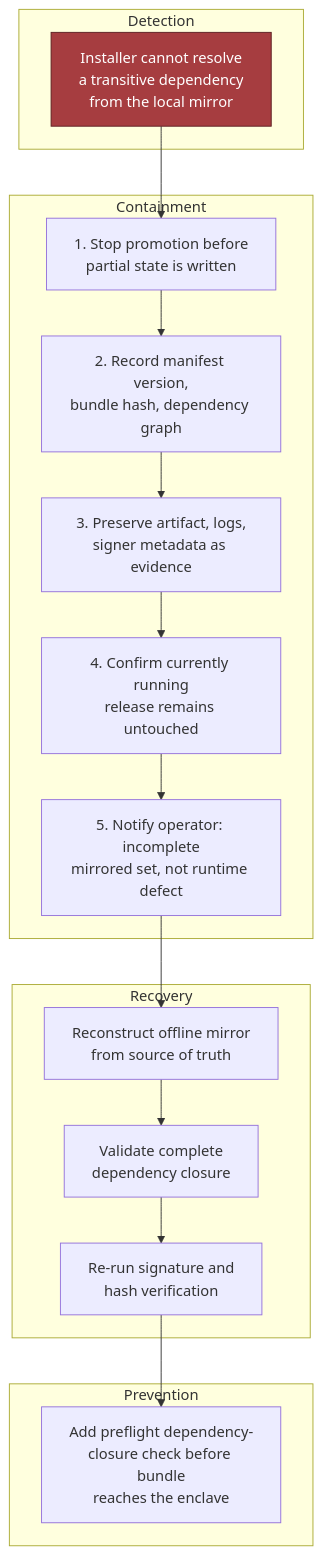
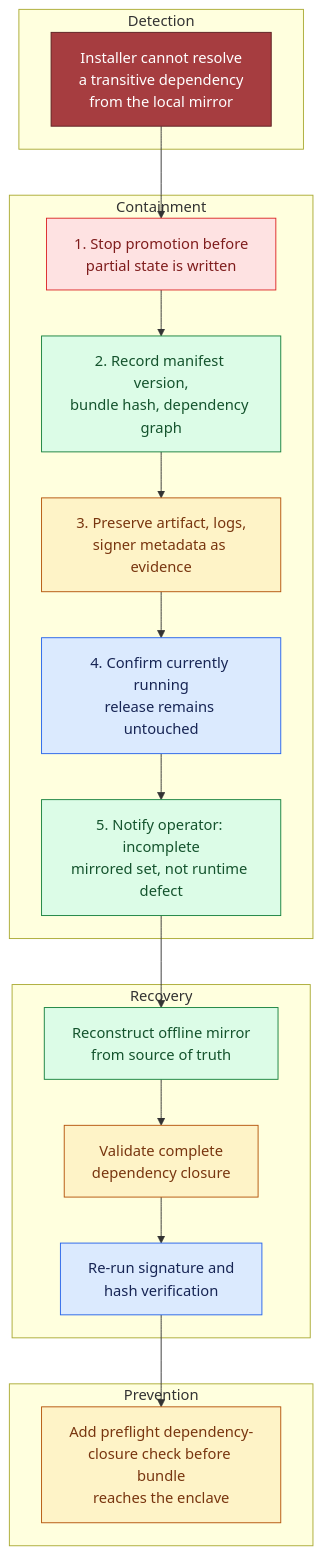
Before and after one commit to Sourav692/Forward-Deployed-Engineer-Interview-Prep: the diagram in site/content/modules/15-fde-case-studies/standalone-designs/air-gapped-ai-system/tutorial-v2-part-5.md, drawn with Mermaid. The commit also changed 1268 other files, not shown here.

First line of the commit message:
content: polish Casebook writing and Mermaid diagrams (#251)

````diff
--- a/site/content/modules/15-fde-case-studies/standalone-designs/air-gapped-ai-system/tutorial-v2-part-5.md
+++ b/site/content/modules/15-fde-case-studies/standalone-designs/air-gapped-ai-system/tutorial-v2-part-5.md
@@ -57,24 +57,34 @@
 ```mermaid
 flowchart TD
     subgraph Detection
         D1["Installer cannot resolve<br/>a transitive dependency<br/>from the local mirror"]
     end
     subgraph Containment
         C1["1. Stop promotion before<br/>partial state is written"]
         C2["2. Record manifest version,<br/>bundle hash, dependency graph"]
         C3["3. Preserve artifact, logs,<br/>signer metadata as evidence"]
         C4["4. Confirm currently running<br/>release remains untouched"]
         C5["5. Notify operator: incomplete<br/>mirrored set, not runtime defect"]
     end
     subgraph Recovery
         R1["Reconstruct offline mirror<br/>from source of truth"]
         R2["Validate complete<br/>dependency closure"]
         R3["Re-run signature and<br/>hash verification"]
     end
     subgraph Prevention
         P1["Add preflight dependency-<br/>closure check before bundle<br/>reaches the enclave"]
     end
 
     D1 --> C1 --> C2 --> C3 --> C4 --> C5 --> R1 --> R2 --> R3 --> P1
     style D1 fill:#a63d40,stroke:#5c1f22,color:#fff
+
+    %% Casebook colours: entry, reasoning, results, controls, and stopped paths.
+    classDef cbInput fill:#dbeafe,stroke:#2563eb,color:#172554
+    class D1,C4,R3 cbInput
+    classDef cbStop fill:#fee2e2,stroke:#dc2626,color:#7f1d1d
+    class C1 cbStop
+    classDef cbAction fill:#dcfce7,stroke:#15803d,color:#14532d
+    class C2,C5,R1 cbAction
+    classDef cbPolicy fill:#fef3c7,stroke:#b45309,color:#78350f
+    class C3,R2,P1 cbPolicy
 ```
````
